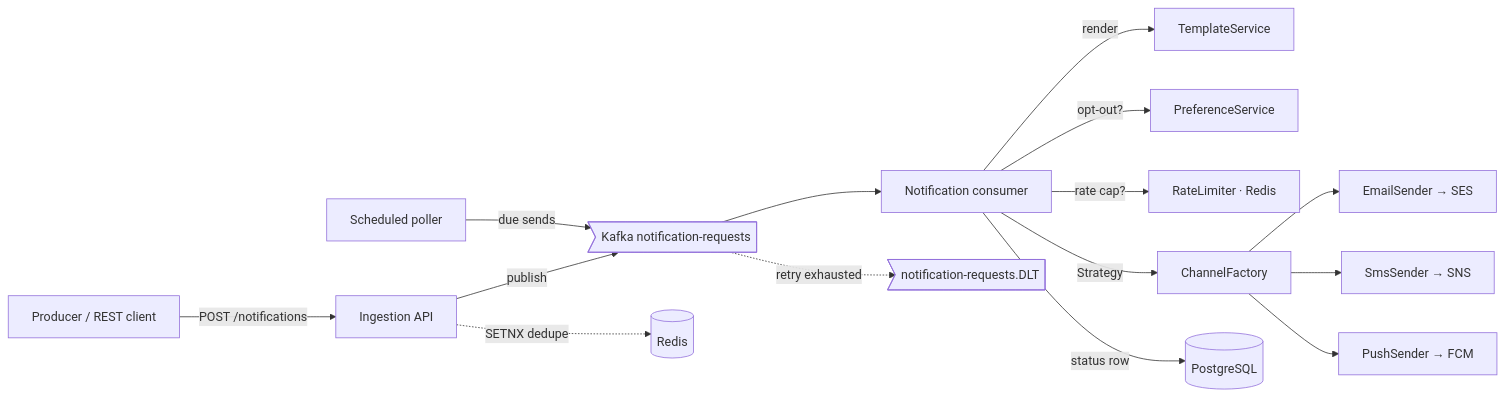
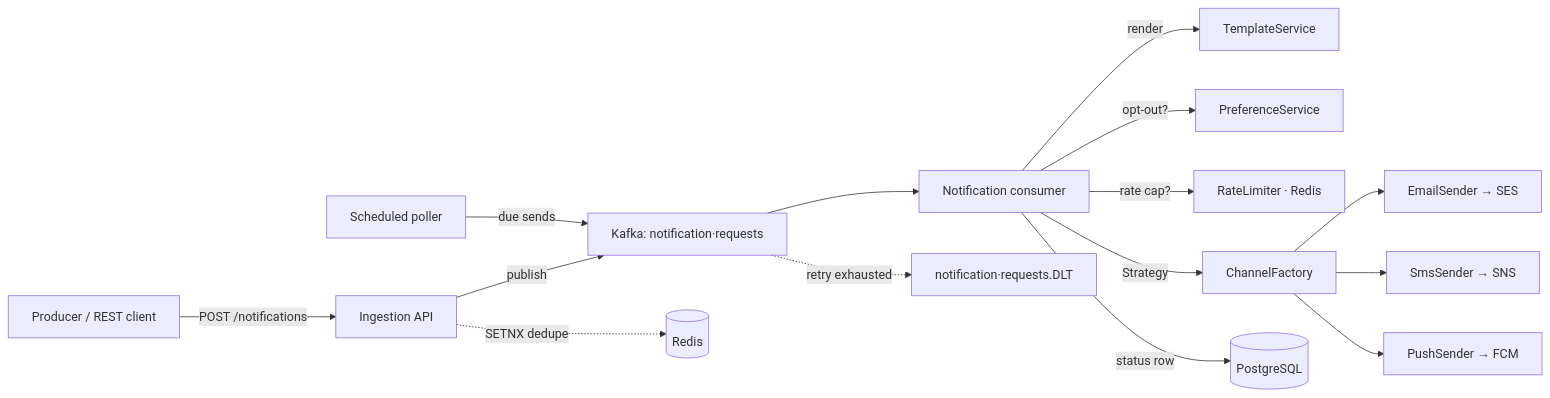
One commit to guptaumang769/notification-system changed the diagram in README.md. Above: the diagram before and after it, drawn with Mermaid. The commit also changed 1 other file, not shown here.

Commit message:
fix: unable to render mermaid diagram

````diff
--- a/README.md
+++ b/README.md
@@ -36,17 +36,17 @@
 ```mermaid
 flowchart LR
     P[Producer / REST client] -->|POST /notifications| API[Ingestion API]
-    API -->|publish| K>Kafka notification-requests]
+    API -->|publish| K["Kafka: notification·requests"]
     API -.->|SETNX dedupe| R[(Redis)]
     K --> C[Notification consumer]
     C -->|render| T[TemplateService]
     C -->|opt-out?| Pref[PreferenceService]
     C -->|rate cap?| RL[RateLimiter · Redis]
     C -->|Strategy| CF[ChannelFactory]
     CF --> E[EmailSender → SES]
     CF --> S[SmsSender → SNS]
     CF --> Pu[PushSender → FCM]
     C -->|status row| DB[(PostgreSQL)]
-    K -.retry exhausted.-> DLT>notification-requests.DLT]
+    K -.retry exhausted.-> DLT["notification·requests.DLT"]
     Sched[Scheduled poller] -->|due sends| K
 ```
````
